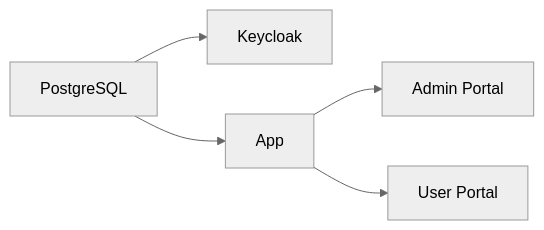
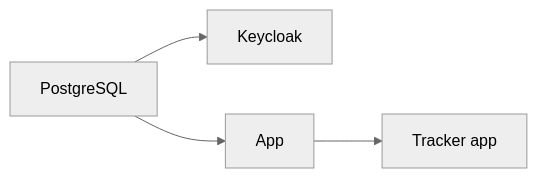
Before and after one commit to mszalus/workflow-platform: the second of 6 diagrams in docs/architecture/c4-deployment.md, drawn with Mermaid (neutral theme). The commit also changed other lines of this file and 139 other files, not shown here.

First line of the commit message:
feat(frontend): cut over to the single tracker app

````diff
--- a/docs/architecture/c4-deployment.md
+++ b/docs/architecture/c4-deployment.md
@@ -37,7 +35,6 @@
 ```mermaid
 flowchart LR
     PG[PostgreSQL] --> KC[Keycloak]
     PG --> WF[App]
-    WF --> AP[Admin Portal]
-    WF --> UP[User Portal]
+    WF --> WEB[Tracker app]
 ```
````
